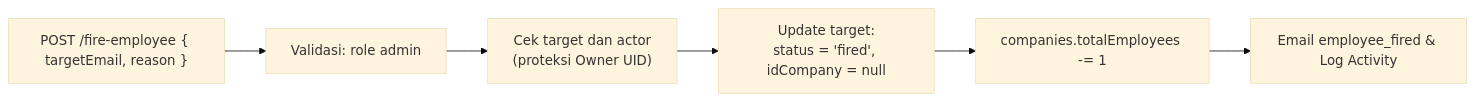
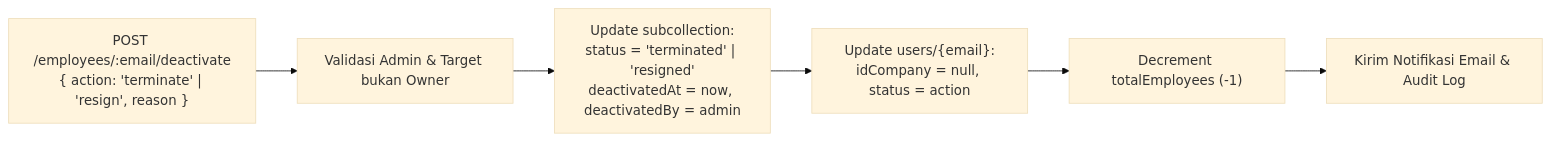
The third of 3 diagrams in docs-site/docs/routes/company.md (Doni354/HORA-APIs), drawn with Mermaid (base theme) before and after one commit. The commit also changed other lines of this file and 13 other files, not shown here.

`````diff
--- a/docs-site/docs/routes/company.md
+++ b/docs-site/docs/routes/company.md
@@ -96,8 +198,8 @@
-````mermaid
+```mermaid
 flowchart LR
-    A["POST /fire-employee { targetEmail, reason }"] --> B["Validasi: role admin"]
-    B --> C["Cek target dan actor \n(proteksi Owner UID)"]
-    C --> D["Update target:\nstatus = 'fired', idCompany = null"]
-    D --> E["companies.totalEmployees -= 1"]
-    E --> F["Email employee_fired & Log Activity"]
-````
+    A["POST /employees/:email/deactivate\n{ action: 'terminate' | 'resign', reason }"] --> B["Validasi Admin & Target bukan Owner"]
+    B --> C["Update subcollection:\nstatus = 'terminated' | 'resigned'\ndeactivatedAt = now, deactivatedBy = admin"]
+    C --> D["Update users/{email}:\nidCompany = null, status = action"]
+    D --> E["Decrement totalEmployees (-1)"]
+    E --> F["Kirim Notifikasi Email & Audit Log"]
+```
`````
